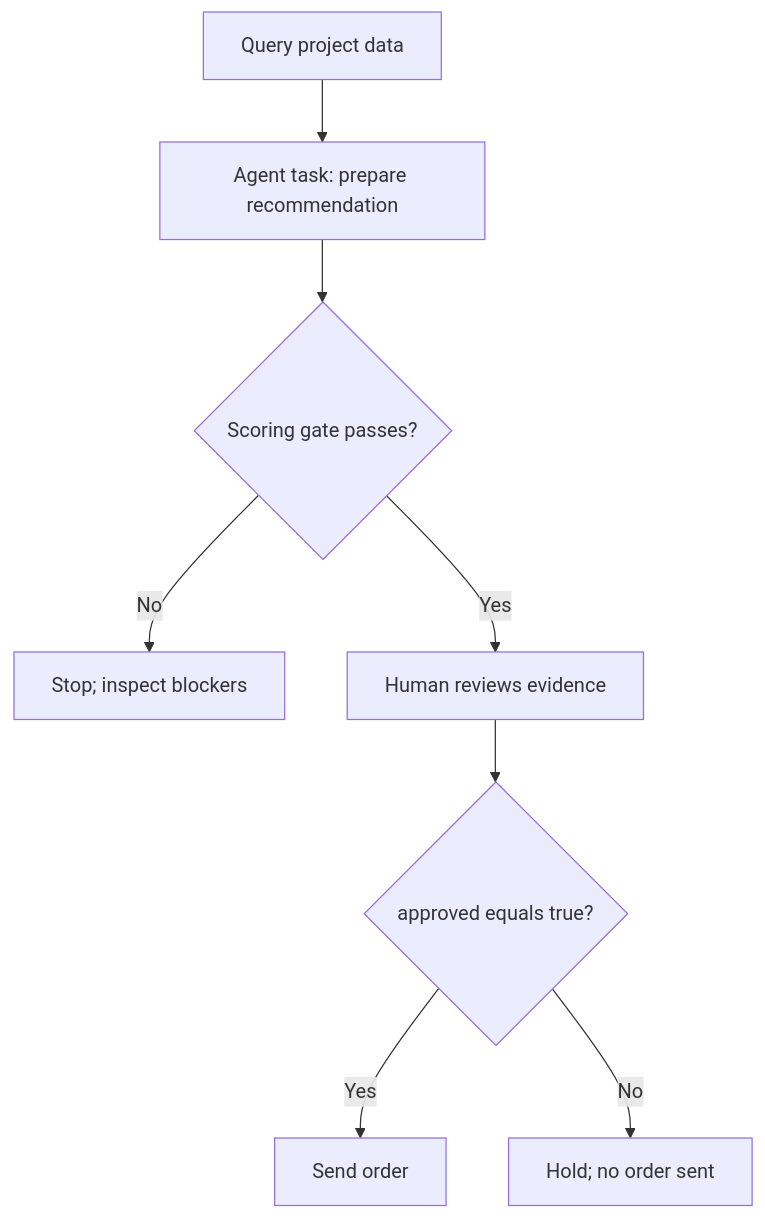
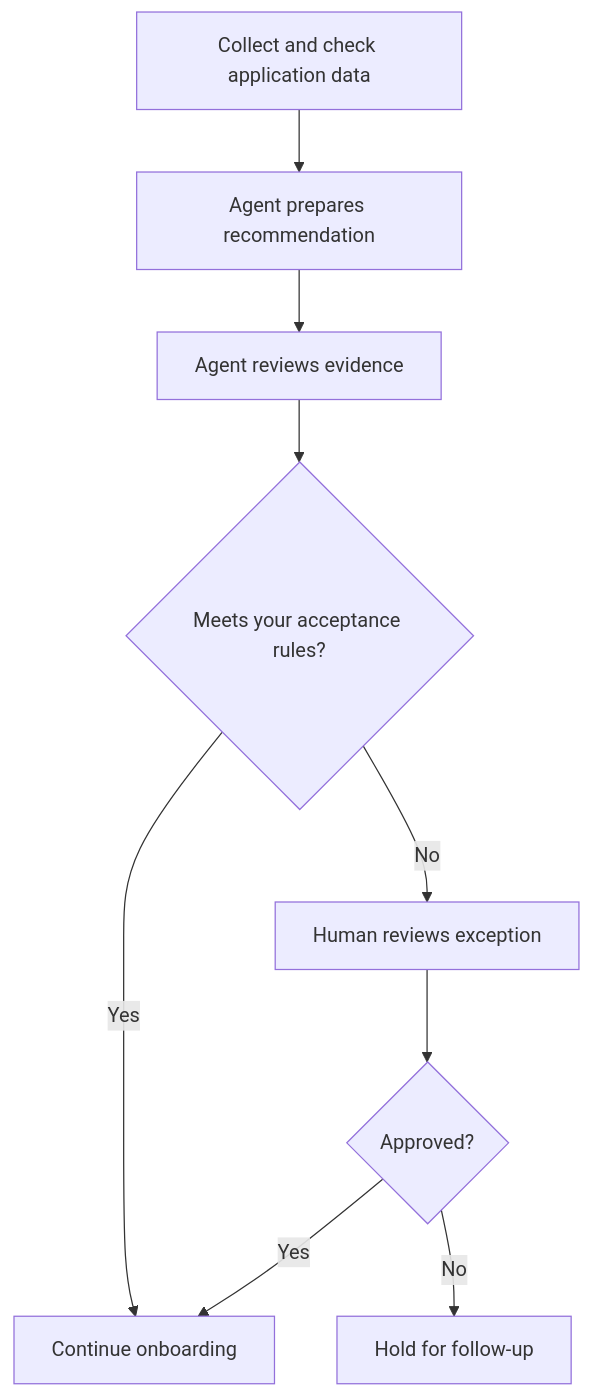
Before and after one commit to bradlnz/placecontext: the diagram in README.md, drawn with Mermaid. The commit also changed other lines of this file and 1 other file, not shown here.

````diff
--- a/README.md
+++ b/README.md
@@ -121,10 +76,11 @@
 ```mermaid
 flowchart TD
-    Query["Query project data"] --> Agent["Agent task: prepare recommendation"]
-    Agent --> Score{"Scoring gate passes?"}
-    Score -->|No| Blocked["Stop; inspect blockers"]
-    Score -->|Yes| Human["Human reviews evidence"]
-    Human --> Decision{"approved equals true?"}
-    Decision -->|Yes| Action["Send order"]
-    Decision -->|No| Hold["Hold; no order sent"]
+    Data["Collect and check application data"] --> Agent["Agent prepares recommendation"]
+    Agent --> Review["Agent reviews evidence"]
+    Review --> Checks{"Meets your acceptance rules?"}
+    Checks -->|Yes| Action["Continue onboarding"]
+    Checks -->|No| Human["Human reviews exception"]
+    Human --> Approval{"Approved?"}
+    Approval -->|Yes| Action
+    Approval -->|No| Hold["Hold for follow-up"]
 ```
````
